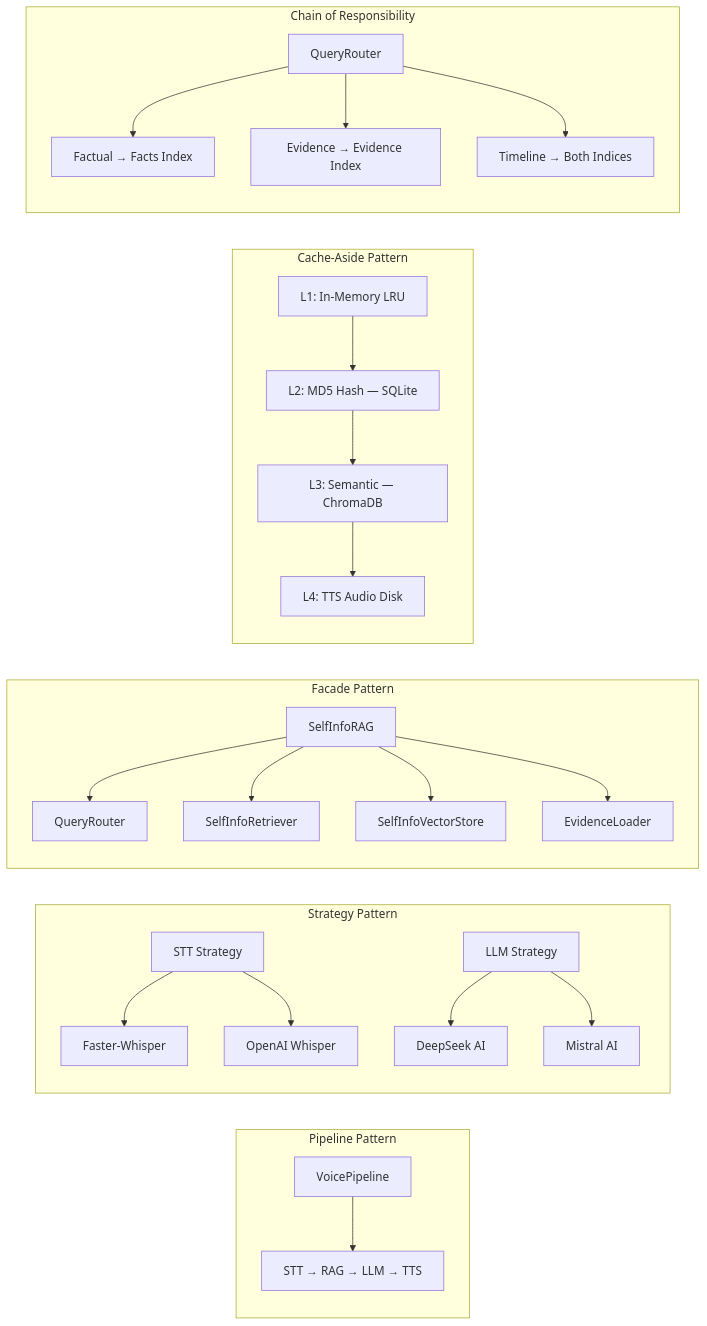
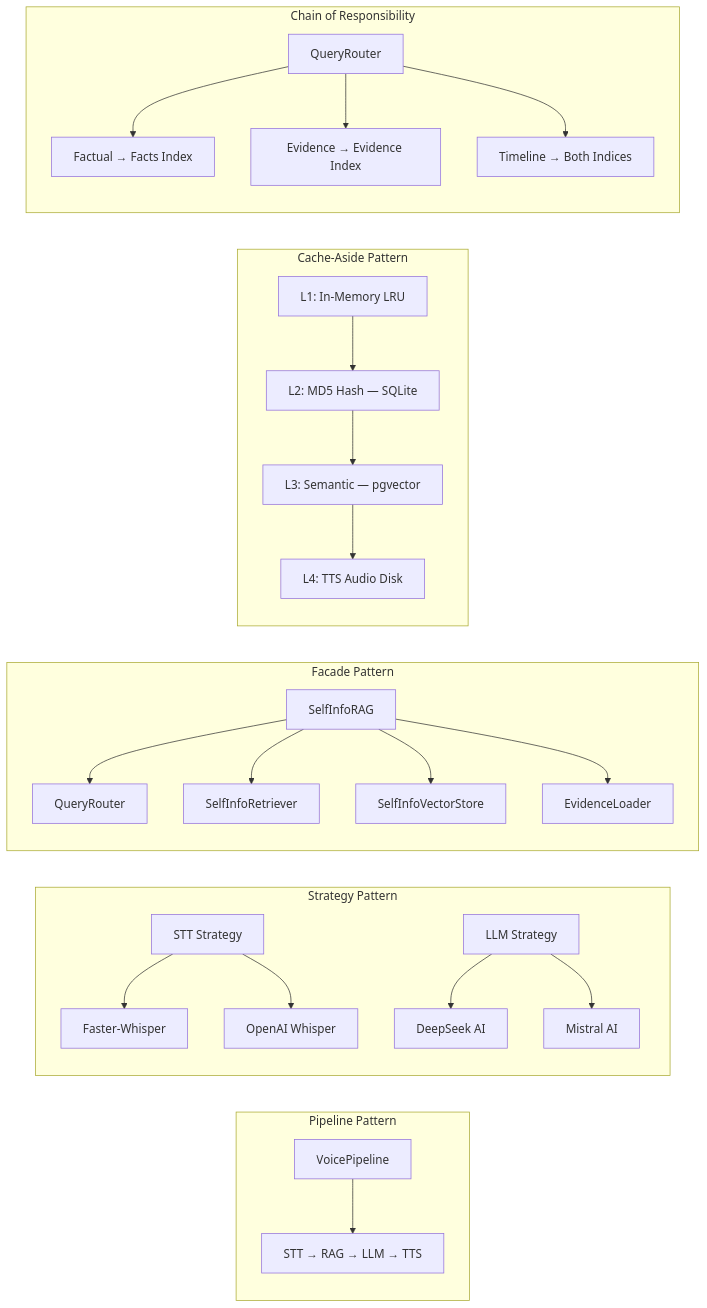
The eighth of 11 diagrams in readme.md (AteetVatan/echo-ai), drawn with Mermaid before and after one commit. The commit also changed other lines of this file and 553 other files, not shown here.

````diff
--- a/readme.md
+++ b/readme.md
@@ -557,44 +557,44 @@
 ```mermaid
 flowchart LR
     subgraph "Pipeline Pattern"
         PP1["VoicePipeline"]
         PP2["STT → RAG → LLM → TTS"]
         PP1 --> PP2
     end
 
     subgraph "Strategy Pattern"
         SP1["STT Strategy"]
         SP2["Faster-Whisper"]
         SP3["OpenAI Whisper"]
         SP4["LLM Strategy"]
         SP5["DeepSeek AI"]
         SP6["Mistral AI"]
         SP1 --> SP2 & SP3
         SP4 --> SP5 & SP6
     end
 
     subgraph "Facade Pattern"
         FP1["SelfInfoRAG"]
         FP2["QueryRouter"]
         FP3["SelfInfoRetriever"]
         FP4["SelfInfoVectorStore"]
         FP5["EvidenceLoader"]
         FP1 --> FP2 & FP3 & FP4 & FP5
     end
 
     subgraph "Cache-Aside Pattern"
         CP1["L1: In-Memory LRU"]
         CP2["L2: MD5 Hash — SQLite"]
-        CP3["L3: Semantic — ChromaDB"]
+        CP3["L3: Semantic — pgvector"]
         CP4["L4: TTS Audio Disk"]
         CP1 --> CP2 --> CP3 --> CP4
     end
 
     subgraph "Chain of Responsibility"
         CR1["QueryRouter"]
         CR2["Factual → Facts Index"]
         CR3["Evidence → Evidence Index"]
         CR4["Timeline → Both Indices"]
         CR1 --> CR2 & CR3 & CR4
     end
 ```
````
